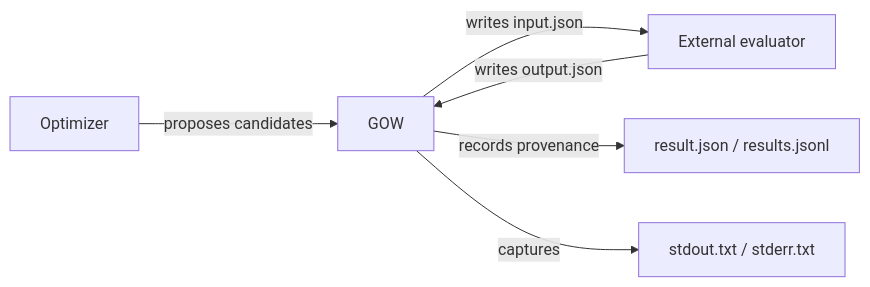
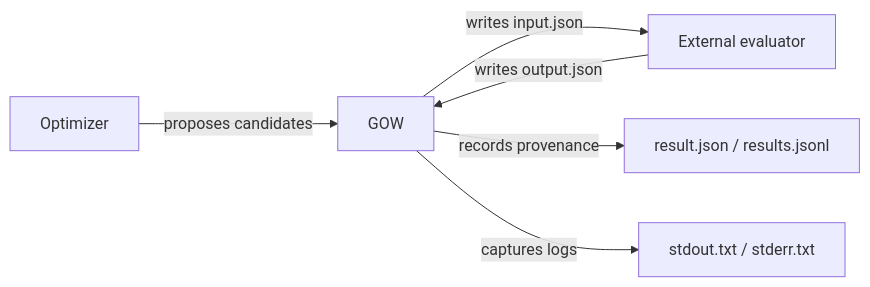
One commit to CST-Modelling-Tools/generic-optimization-workflow-blog changed the first of 3 diagrams in blog/2026-03-10-gow-architecture-and-usage.md. Above: the diagram before and after it, drawn with Mermaid. The commit also changed other lines of this file and 5 other files, not shown here.

````diff
--- a/blog/2026-03-10-gow-architecture-and-usage.md
+++ b/blog/2026-03-10-gow-architecture-and-usage.md
@@ -218,8 +44,8 @@
 ```mermaid
 flowchart LR
     O[Optimizer] -->|proposes candidates| G[GOW]
     G -->|writes input.json| E[External evaluator]
     E -->|writes output.json| G
     G -->|records provenance| R[result.json / results.jsonl]
-    G -->|captures| L[stdout.txt / stderr.txt]
+    G -->|captures logs| L[stdout.txt / stderr.txt]
 ```
````
